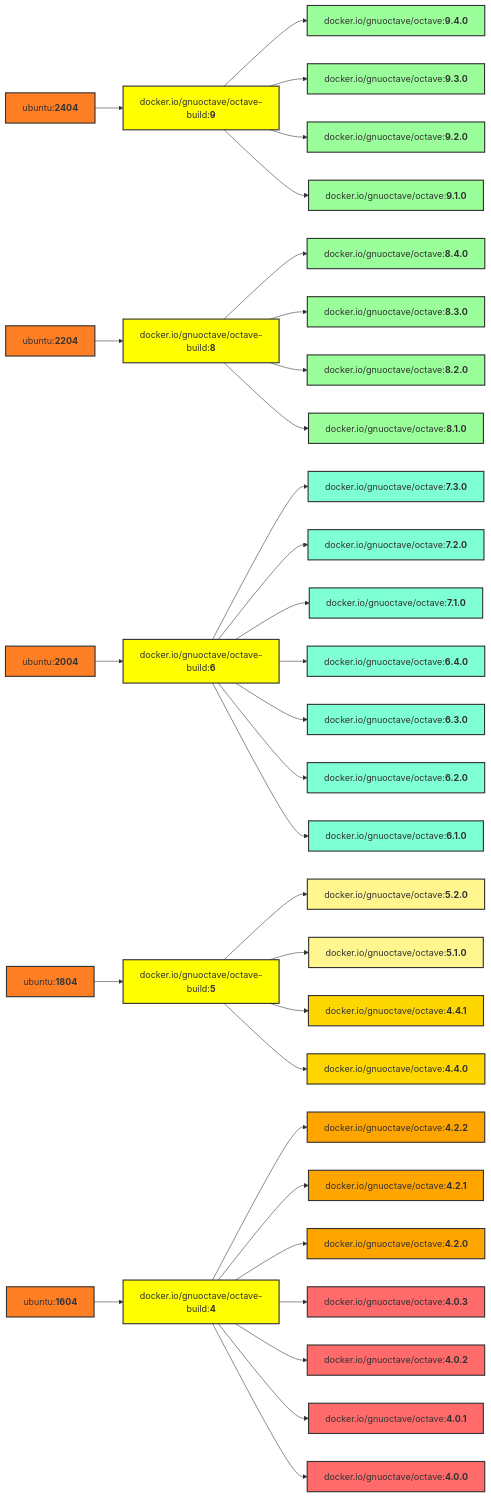
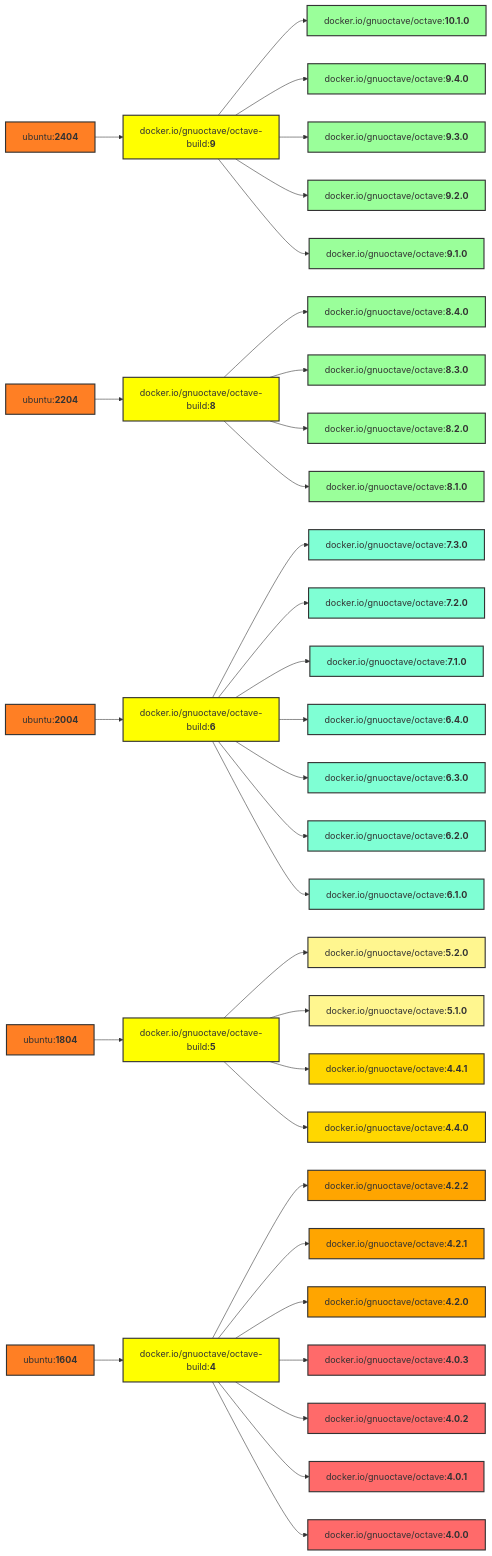
Before and after one commit to gnu-octave/docker: the diagram in README.md, drawn with Mermaid. The commit also changed other lines of this file and 2 other files, not shown here.

Commit message:
GNU Octave 10.1.0 release (2025-03-25)

````diff
--- a/README.md
+++ b/README.md
@@ -131,78 +131,80 @@
 ```mermaid
 graph LR
     U5[ubuntu:<b>2404</b>] --> b9[docker.io/gnuoctave/octave-build:<b>9</b>];
     U4[ubuntu:<b>2204</b>] --> b8[docker.io/gnuoctave/octave-build:<b>8</b>];
     U3[ubuntu:<b>2004</b>] --> b6[docker.io/gnuoctave/octave-build:<b>6</b>];
     U2[ubuntu:<b>1804</b>] --> b5[docker.io/gnuoctave/octave-build:<b>5</b>];
     U1[ubuntu:<b>1604</b>] --> b4[docker.io/gnuoctave/octave-build:<b>4</b>];
+    b9 --> v1010[docker.io/gnuoctave/octave:<b>10.1.0</b>];
     b9 --> v940[docker.io/gnuoctave/octave:<b>9.4.0</b>];
     b9 --> v930[docker.io/gnuoctave/octave:<b>9.3.0</b>];
     b9 --> v920[docker.io/gnuoctave/octave:<b>9.2.0</b>];
     b9 --> v910[docker.io/gnuoctave/octave:<b>9.1.0</b>];
     b8 --> v840[docker.io/gnuoctave/octave:<b>8.4.0</b>];
     b8 --> v830[docker.io/gnuoctave/octave:<b>8.3.0</b>];
     b8 --> v820[docker.io/gnuoctave/octave:<b>8.2.0</b>];
     b8 --> v810[docker.io/gnuoctave/octave:<b>8.1.0</b>];
     b6 --> v730[docker.io/gnuoctave/octave:<b>7.3.0</b>];
     b6 --> v720[docker.io/gnuoctave/octave:<b>7.2.0</b>];
     b6 --> v710[docker.io/gnuoctave/octave:<b>7.1.0</b>];
     b6 --> v640[docker.io/gnuoctave/octave:<b>6.4.0</b>];
     b6 --> v630[docker.io/gnuoctave/octave:<b>6.3.0</b>];
     b6 --> v620[docker.io/gnuoctave/octave:<b>6.2.0</b>];
     b6 --> v610[docker.io/gnuoctave/octave:<b>6.1.0</b>];
     b5 --> v520[docker.io/gnuoctave/octave:<b>5.2.0</b>];
     b5 --> v510[docker.io/gnuoctave/octave:<b>5.1.0</b>];
     b5 --> v441[docker.io/gnuoctave/octave:<b>4.4.1</b>];
     b5 --> v440[docker.io/gnuoctave/octave:<b>4.4.0</b>];
     b4 --> v422[docker.io/gnuoctave/octave:<b>4.2.2</b>];
     b4 --> v421[docker.io/gnuoctave/octave:<b>4.2.1</b>];
     b4 --> v420[docker.io/gnuoctave/octave:<b>4.2.0</b>];
     b4 --> v403[docker.io/gnuoctave/octave:<b>4.0.3</b>];
     b4 --> v402[docker.io/gnuoctave/octave:<b>4.0.2</b>];
     b4 --> v401[docker.io/gnuoctave/octave:<b>4.0.1</b>];
     b4 --> v400[docker.io/gnuoctave/octave:<b>4.0.0</b>];
     classDef U fill:#ff7f24,stroke:#333,stroke-width:2px;
     class U1 U;
     class U2 U;
     class U3 U;
     class U4 U;
     class U5 U;
     classDef b fill:#ff0,stroke:#333,stroke-width:2px;
     class b4 b;
     class b5 b;
     class b6 b;
     class b8 b;
     class b9 b;
     classDef age1 fill:#9aff9a,stroke:#333,stroke-width:2px;
     classDef age2 fill:#7fffd4,stroke:#333,stroke-width:2px;
     classDef age3 fill:#fff68f,stroke:#333,stroke-width:2px;
     classDef age4 fill:#ffd700,stroke:#333,stroke-width:2px;
     classDef age5 fill:#ffa500,stroke:#333,stroke-width:2px;
     classDef age6 fill:#ff6a6a,stroke:#333,stroke-width:2px;
+    class v1010 age1;
     class v940 age1;
     class v930 age1;
     class v920 age1;
     class v910 age1;
     class v840 age1;
     class v830 age1;
     class v820 age1;
     class v810 age1;
     class v730 age2;
     class v720 age2;
     class v710 age2;
     class v640 age2;
     class v630 age2;
     class v620 age2;
     class v610 age2;
     class v520 age3;
     class v510 age3;
     class v441 age4;
     class v440 age4;
     class v422 age5;
     class v421 age5;
     class v420 age5;
     class v403 age6;
     class v402 age6;
     class v401 age6;
     class v400 age6;
 ```
````
